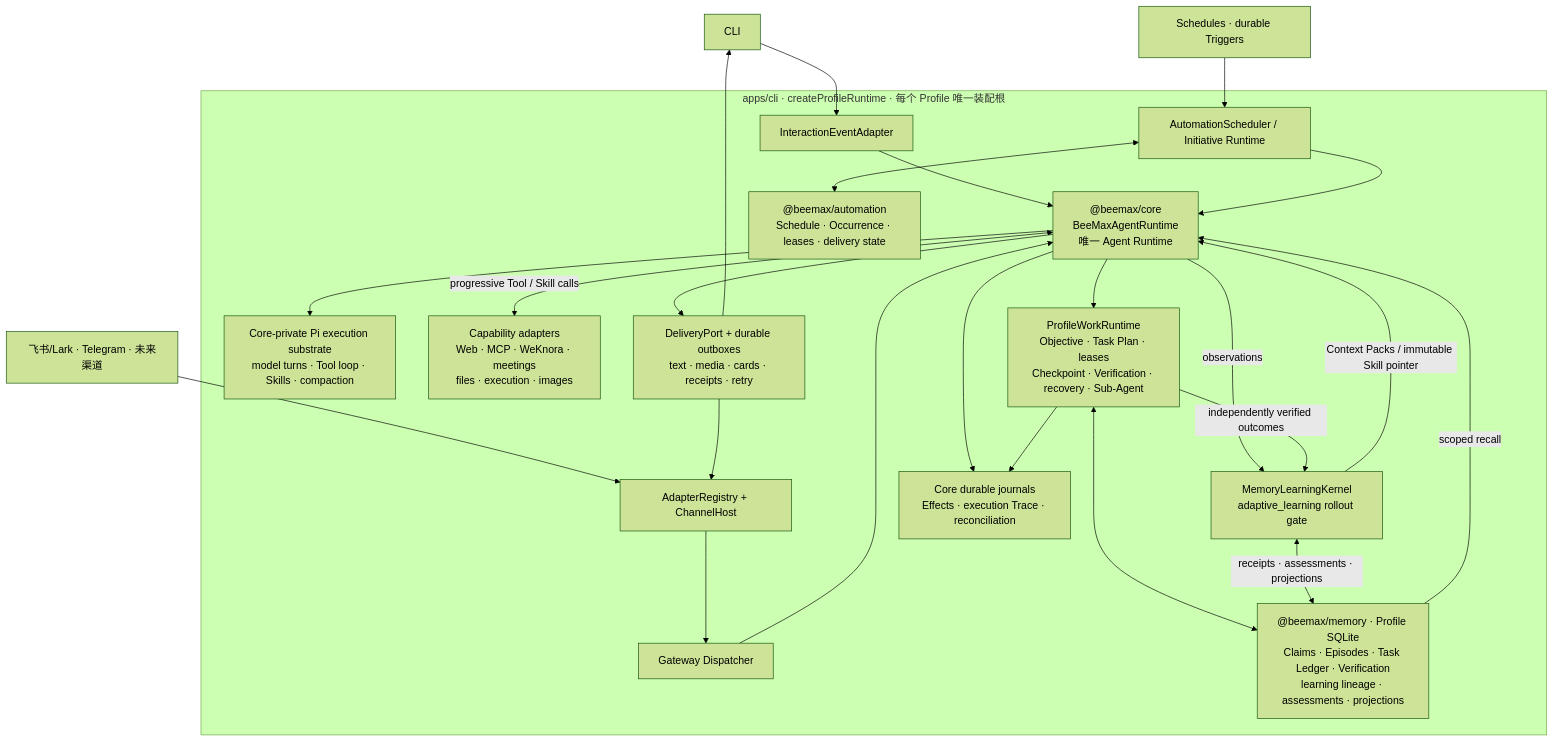
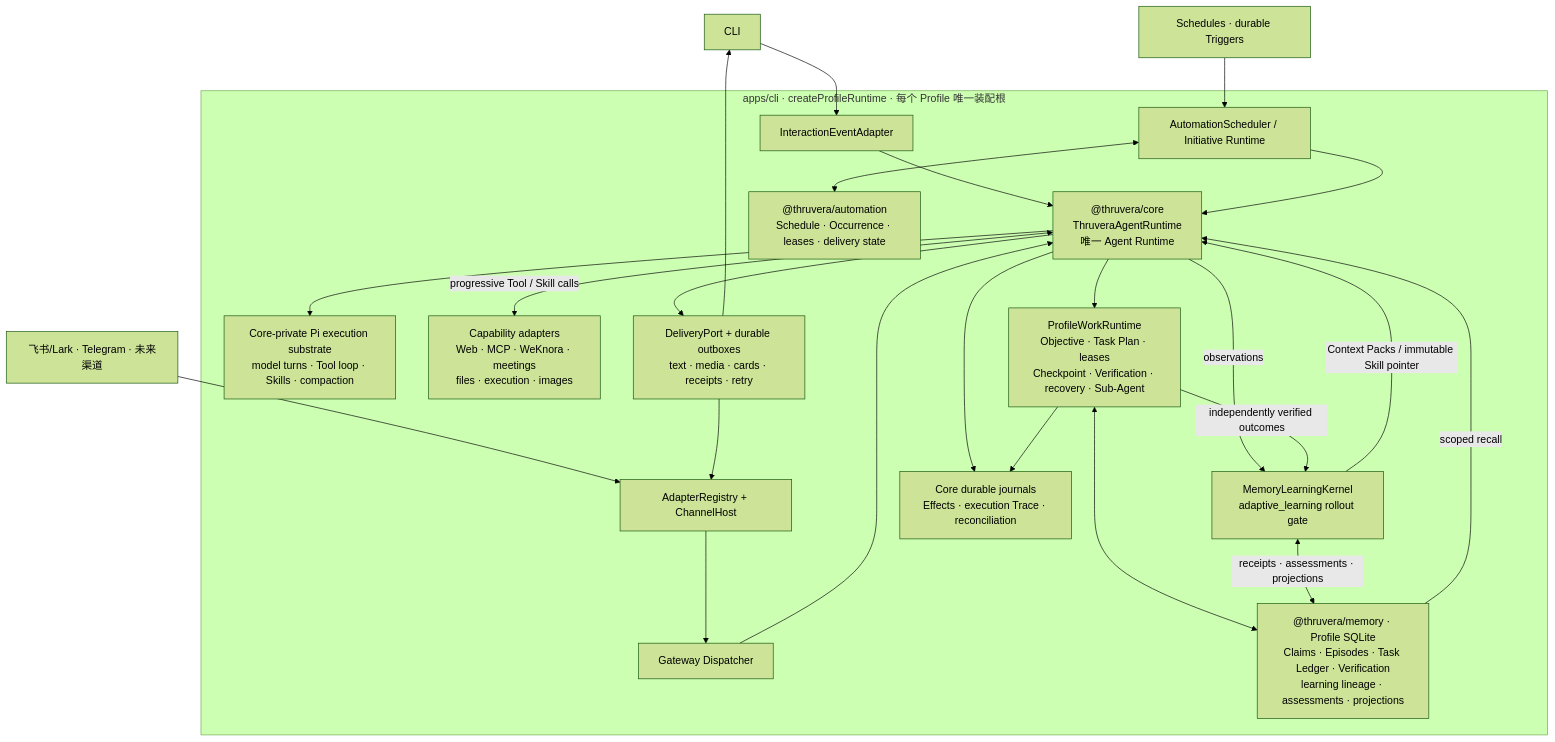
Before and after one commit to Zanetach/beemax: the diagram in README.md, drawn with Mermaid (forest theme). The commit also changed other lines of this file and 299 other files, not shown here.

Commit message:
feat: rebrand BeeMax as Thruvera

````diff
--- a/README.md
+++ b/README.md
@@ -131,47 +133,47 @@
 ```mermaid
 flowchart TB
     CLI["CLI"]
     Channels["飞书/Lark · Telegram · 未来渠道"]
     Triggers["Schedules · durable Triggers"]
 
     subgraph Profile["apps/cli · createProfileRuntime · 每个 Profile 唯一装配根"]
         IA["InteractionEventAdapter"]
         CH["AdapterRegistry + ChannelHost"]
         Dispatcher["Gateway Dispatcher"]
         Scheduler["AutomationScheduler / Initiative Runtime"]
 
-        Core["@beemax/core<br/>BeeMaxAgentRuntime<br/>唯一 Agent Runtime"]
+        Core["@thruvera/core<br/>ThruveraAgentRuntime<br/>唯一 Agent Runtime"]
         Pi["Core-private Pi execution substrate<br/>model turns · Tool loop · Skills · compaction"]
         Cap["Capability adapters<br/>Web · MCP · WeKnora · meetings<br/>files · execution · images"]
         Work["ProfileWorkRuntime<br/>Objective · Task Plan · leases<br/>Checkpoint · Verification · recovery · Sub-Agent"]
         Delivery["DeliveryPort + durable outboxes<br/>text · media · cards · receipts · retry"]
         Learning["MemoryLearningKernel<br/>adaptive_learning rollout gate"]
 
-        Memory["@beemax/memory · Profile SQLite<br/>Claims · Episodes · Task Ledger · Verification<br/>learning lineage · assessments · projections"]
-        Automation["@beemax/automation<br/>Schedule · Occurrence · leases · delivery state"]
+        Memory["@thruvera/memory · Profile SQLite<br/>Claims · Episodes · Task Ledger · Verification<br/>learning lineage · assessments · projections"]
+        Automation["@thruvera/automation<br/>Schedule · Occurrence · leases · delivery state"]
         Journals["Core durable journals<br/>Effects · execution Trace · reconciliation"]
 
         IA --> Core
         CH --> Dispatcher --> Core
         Scheduler --> Core
         Core --> Pi
         Core <-->|"progressive Tool / Skill calls"| Cap
         Core --> Work
         Core --> Delivery
         Work <--> Memory
         Scheduler <--> Automation
         Core --> Journals
         Work --> Journals
         Memory -->|"scoped recall"| Core
         Core -->|"observations"| Learning
         Work -->|"independently verified outcomes"| Learning
         Learning <-->|"receipts · assessments · projections"| Memory
         Learning -->|"Context Packs / immutable Skill pointer"| Core
     end
 
     CLI --> IA
     Channels --> CH
     Triggers --> Scheduler
     Delivery --> CLI
     Delivery --> CH
 ```
````
